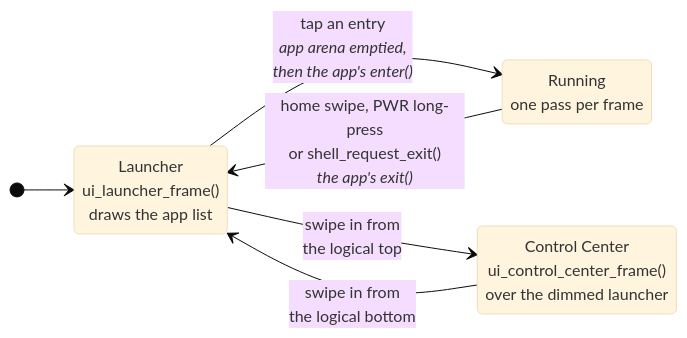
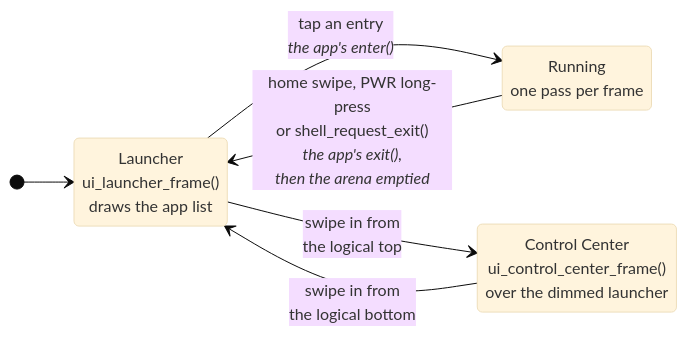
Before and after one commit to jose-villegas/autana: the second of 3 diagrams in docs/Launcher-Architecture.md, drawn with Mermaid (base theme). The commit also changed other lines of this file and 5 other files, not shown here.

First line of the commit message:
shell: empty the app arena right after the leaving app's exit()

````diff
--- a/docs/Launcher-Architecture.md
+++ b/docs/Launcher-Architecture.md
@@ -420,14 +420,14 @@
 ```mermaid
 stateDiagram-v2
     direction LR
     [*] --> Launcher
 
     Running : Running<br/>one pass per frame
     Launcher : Launcher<br/>ui_launcher_frame()<br/>draws the app list
     ControlCenter : Control Center<br/>ui_control_center_frame()<br/>over the dimmed launcher
 
-    Launcher --> Running: tap an entry<br/><i>app arena emptied,<br/>then the app's enter()</i>
-    Running --> Launcher: home swipe, PWR long-press<br/>or shell_request_exit()<br/><i>the app's exit()</i>
+    Launcher --> Running: tap an entry<br/><i>the app's enter()</i>
+    Running --> Launcher: home swipe, PWR long-press<br/>or shell_request_exit()<br/><i>the app's exit(),<br/>then the arena emptied</i>
     Launcher --> ControlCenter: swipe in from<br/>the logical top
     ControlCenter --> Launcher: swipe in from<br/>the logical bottom
 ```
````
